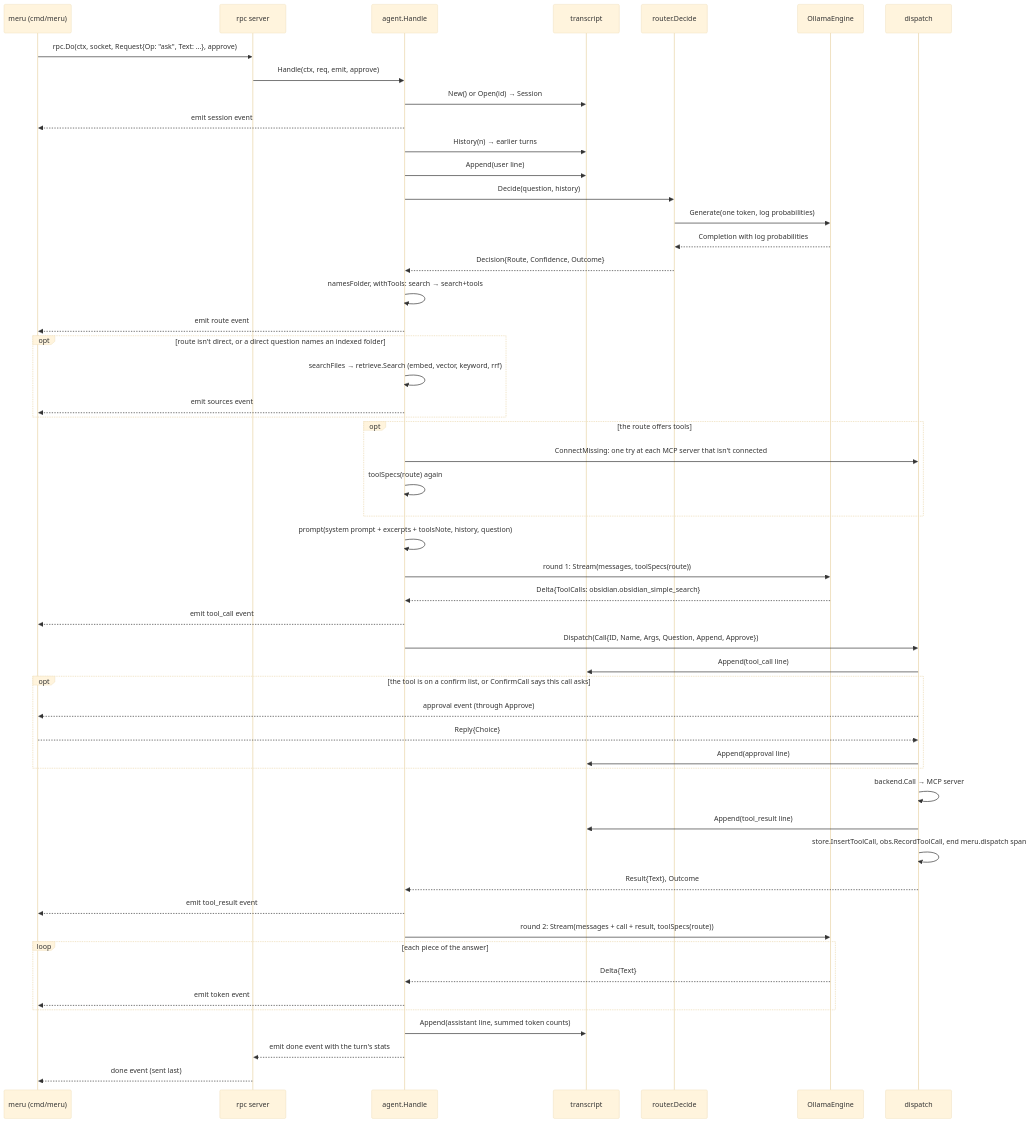
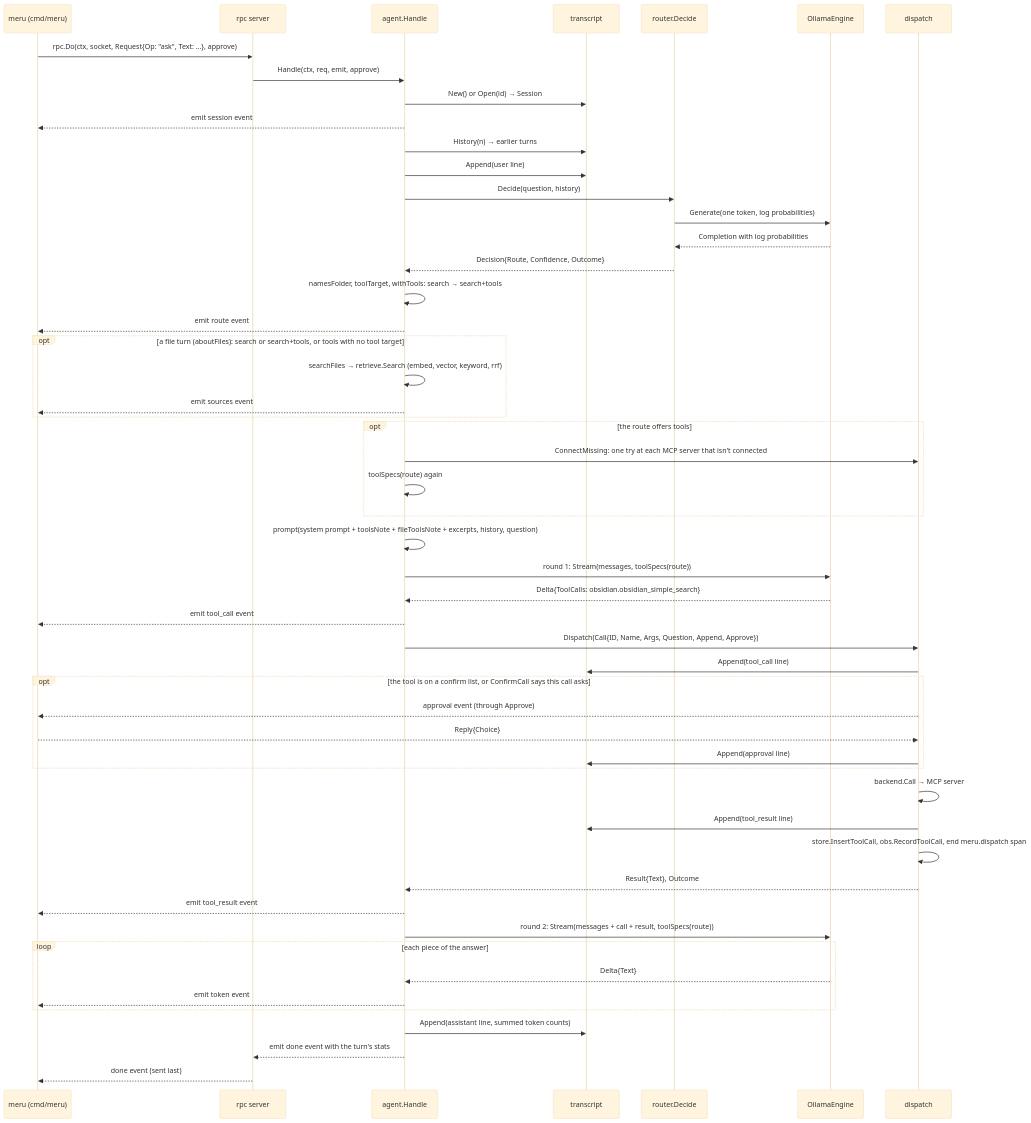
The third of 3 diagrams in docs/lld.md (aarora79/meru), drawn with Mermaid (base theme) before and after one commit. The commit also changed other lines of this file and 13 other files, not shown here.

First line of the commit message:
Skip the search first on tool questions; file-tools note on file turns

````diff
--- a/docs/lld.md
+++ b/docs/lld.md
@@ -488,55 +490,55 @@
 ```mermaid
 sequenceDiagram
     participant U as meru (cmd/meru)
     participant S as rpc server
     participant A as agent.Handle
     participant T as transcript
     participant RT as router.Decide
     participant E as OllamaEngine
     participant D as dispatch
 
     U->>S: rpc.Do(ctx, socket, Request{Op: "ask", Text: ...}, approve)
     S->>A: Handle(ctx, req, emit, approve)
     A->>T: New() or Open(id) → Session
     A-->>U: emit session event
     A->>T: History(n) → earlier turns
     A->>T: Append(user line)
     A->>RT: Decide(question, history)
     RT->>E: Generate(one token, log probabilities)
     E-->>RT: Completion with log probabilities
     RT-->>A: Decision{Route, Confidence, Outcome}
-    A->>A: namesFolder, withTools: search → search+tools
+    A->>A: namesFolder, toolTarget, withTools: search → search+tools
     A-->>U: emit route event
-    opt route isn't direct, or a direct question names an indexed folder
+    opt a file turn (aboutFiles): search or search+tools, or tools with no tool target
         A->>A: searchFiles → retrieve.Search (embed, vector, keyword, rrf)
         A-->>U: emit sources event
     end
     opt the route offers tools
         A->>D: ConnectMissing: one try at each MCP server that isn't connected
         A->>A: toolSpecs(route) again
     end
-    A->>A: prompt(system prompt + excerpts + toolsNote, history, question)
+    A->>A: prompt(system prompt + toolsNote + fileToolsNote + excerpts, history, question)
     A->>E: round 1: Stream(messages, toolSpecs(route))
     E-->>A: Delta{ToolCalls: obsidian.obsidian_simple_search}
     A-->>U: emit tool_call event
     A->>D: Dispatch(Call{ID, Name, Args, Question, Append, Approve})
     D->>T: Append(tool_call line)
     opt the tool is on a confirm list, or ConfirmCall says this call asks
         D-->>U: approval event (through Approve)
         U-->>D: Reply{Choice}
         D->>T: Append(approval line)
     end
     D->>D: backend.Call → MCP server
     D->>T: Append(tool_result line)
     D->>D: store.InsertToolCall, obs.RecordToolCall, end meru.dispatch span
     D-->>A: Result{Text}, Outcome
     A-->>U: emit tool_result event
     A->>E: round 2: Stream(messages + call + result, toolSpecs(route))
     loop each piece of the answer
         E-->>A: Delta{Text}
         A-->>U: emit token event
     end
     A->>T: Append(assistant line, summed token counts)
     A-->>S: emit done event with the turn's stats
     S-->>U: done event (sent last)
 ```
````
